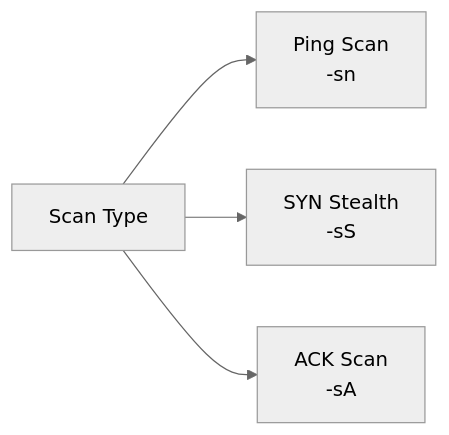
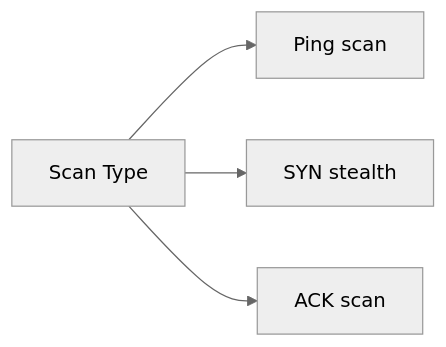
Before and after one commit to 444Nazky/My-Vault: the second of 2 diagrams in Personal/Cybersecurity/Tools/Nmap.md, drawn with Mermaid (neutral theme). The commit also changed 8 other files, not shown here.

````diff
--- a/Personal/Cybersecurity/Tools/Nmap.md
+++ b/Personal/Cybersecurity/Tools/Nmap.md
@@ -59,6 +59,6 @@
 ```mermaid
 flowchart LR
-    S[Scan Type] --> S1[Ping Scan<br/>-sn]
-    S --> S2[SYN Stealth<br/>-sS]
-    S --> S3[ACK Scan<br/>-sA]
+    S[Scan Type] --> S1[Ping scan]
+    S --> S2[SYN stealth]
+    S --> S3[ACK scan]
 ```
````
